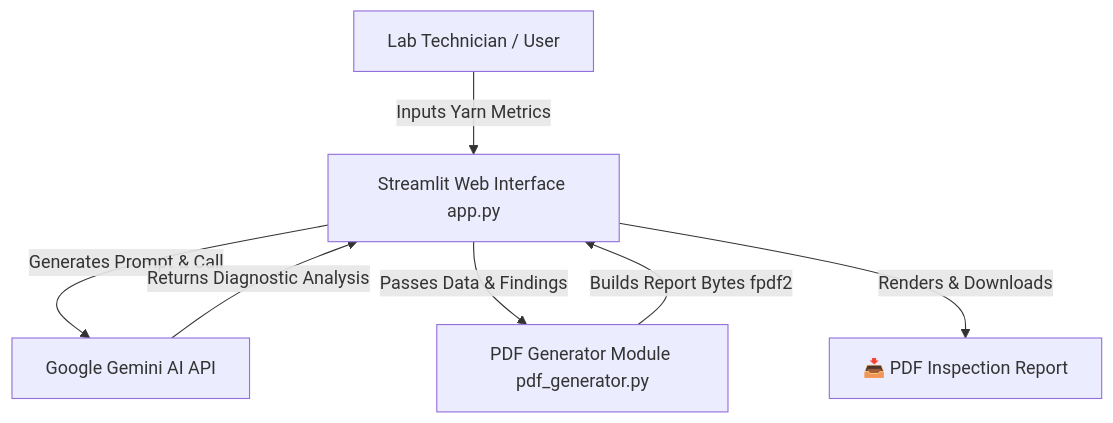
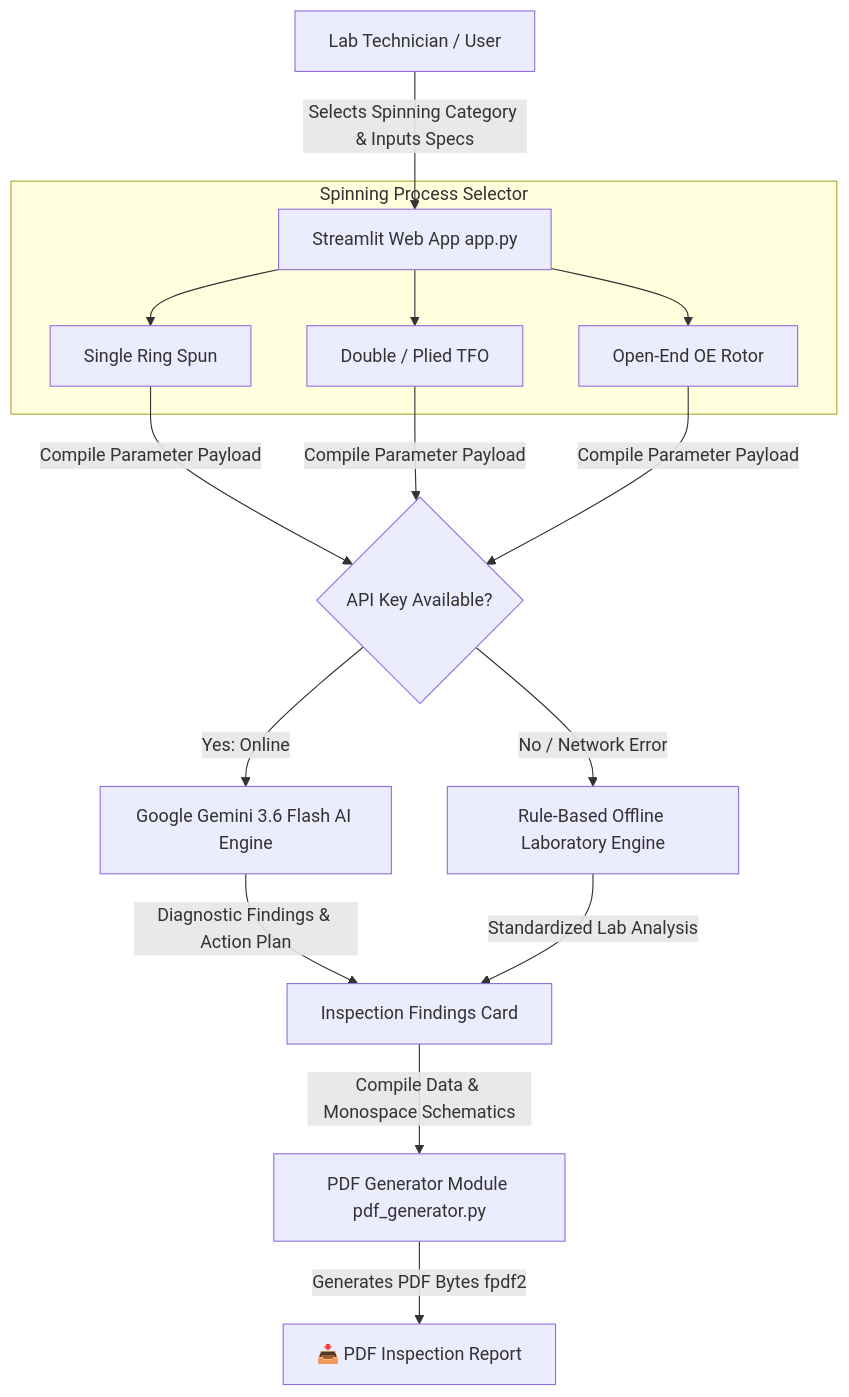
The diagram in README.md (SuryaSrekanth/ai-yarn-defect-assistant), drawn with Mermaid before and after one commit. The commit also changed other lines of this file and 3 other files, not shown here.

Commit message:
docs: document multi-yarn spinning support and add Docker containerization

````diff
--- a/README.md
+++ b/README.md
@@ -26,9 +41,21 @@
 ```mermaid
 flowchart TD
-    A[Lab Technician / User] -->|Inputs Yarn Metrics| B[Streamlit Web Interface app.py]
-    B -->|Generates Prompt & Call| C[Google Gemini AI API]
-    C -->|Returns Diagnostic Analysis| B
-    B -->|Passes Data & Findings| D[PDF Generator Module pdf_generator.py]
-    D -->|Builds Report Bytes fpdf2| B
-    B -->|Renders & Downloads| E[📥 PDF Inspection Report]
+    A[Lab Technician / User] -->|Selects Spinning Category & Inputs Specs| B[Streamlit Web App app.py]
+    
+    subgraph UI_Selection[Spinning Process Selector]
+        B --> S1[Single Ring Spun]
+        B --> S2[Double / Plied TFO]
+        B --> S3[Open-End OE Rotor]
+    end
+
+    S1 & S2 & S3 -->|Compile Parameter Payload| C{API Key Available?}
+
+    C -->|Yes: Online| D[Google Gemini 3.6 Flash AI Engine]
+    C -->|No / Network Error| E[Rule-Based Offline Laboratory Engine]
+
+    D -->|Diagnostic Findings & Action Plan| F[Inspection Findings Card]
+    E -->|Standardized Lab Analysis| F
+
+    F -->|Compile Data & Monospace Schematics| G[PDF Generator Module pdf_generator.py]
+    G -->|Generates PDF Bytes fpdf2| H[📥 PDF Inspection Report]
 ```
````
